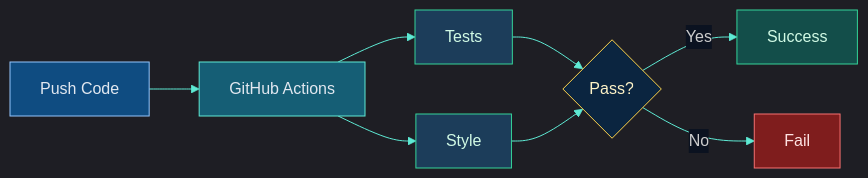
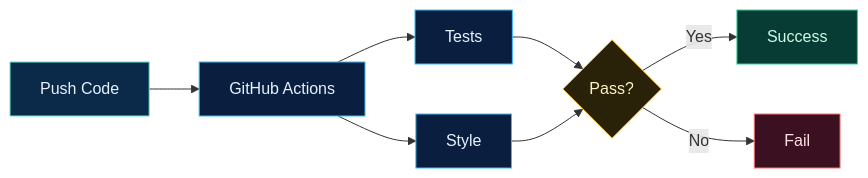
Before and after one commit to MindaugasSarpis/CERN_lessons_on_data_analysis: the second of 2 diagrams in lectures/content/slides/14_Reproducible_Workflows.md, drawn with Mermaid. The commit also changed other lines of this file and 11 other files, not shown here.

````diff
--- a/lectures/content/slides/14_Reproducible_Workflows.md
+++ b/lectures/content/slides/14_Reproducible_Workflows.md
@@ -1489,18 +1481,17 @@
 ```mermaid
-%%{init: {'theme': 'dark', 'themeVariables': {'primaryColor': '#0f1f3d', 'primaryBorderColor': '#60a5fa', 'primaryTextColor': '#e2e8f0', 'lineColor': '#5eead4', 'edgeLabelBackground': '#0b1220'}, 'flowchart': {'curve': 'basis'}}}%%
 flowchart LR
     A[Push Code]:::action --> B[GitHub Actions]:::process
     B --> C[Tests]:::step
     B --> D[Style]:::step
     C --> E{Pass?}:::decision
     D --> E
     E -->|Yes| F[Success]:::success
     E -->|No| G[Fail]:::fail
 
-    classDef action fill:#0f4c81,stroke:#93c5fd,color:#e2e8f0
-    classDef process fill:#155e75,stroke:#5eead4,color:#e2e8f0
-    classDef step fill:#1c3d5a,stroke:#34d399,color:#d1fae5
-    classDef decision fill:#0b2540,stroke:#fcd34d,color:#fef3c7
-    classDef success fill:#134e4a,stroke:#34d399,color:#d1fae5
-    classDef fail fill:#7f1d1d,stroke:#f87171,color:#fee2e2
+    classDef action fill:#0b2a4a,stroke:#5eead4,color:#e8f1ff
+    classDef process fill:#0a1f3f,stroke:#38bdf8,color:#e8f1ff
+    classDef step fill:#0a1f3f,stroke:#38bdf8,color:#e8f1ff
+    classDef decision fill:#2a2208,stroke:#fbbf24,color:#fef3c7
+    classDef success fill:#063c34,stroke:#34d399,color:#d1fae5
+    classDef fail fill:#3b1020,stroke:#f87171,color:#fee2e2
 ```
````
